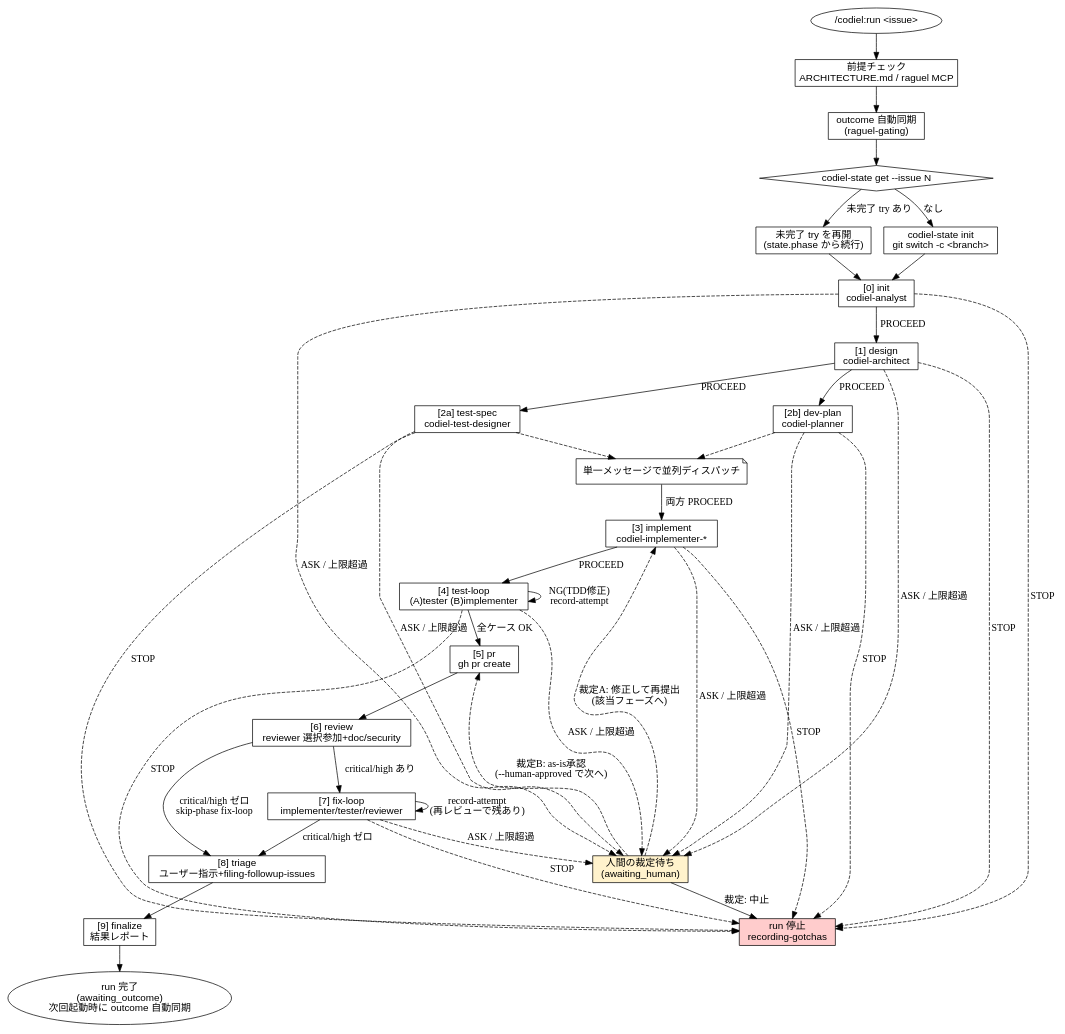
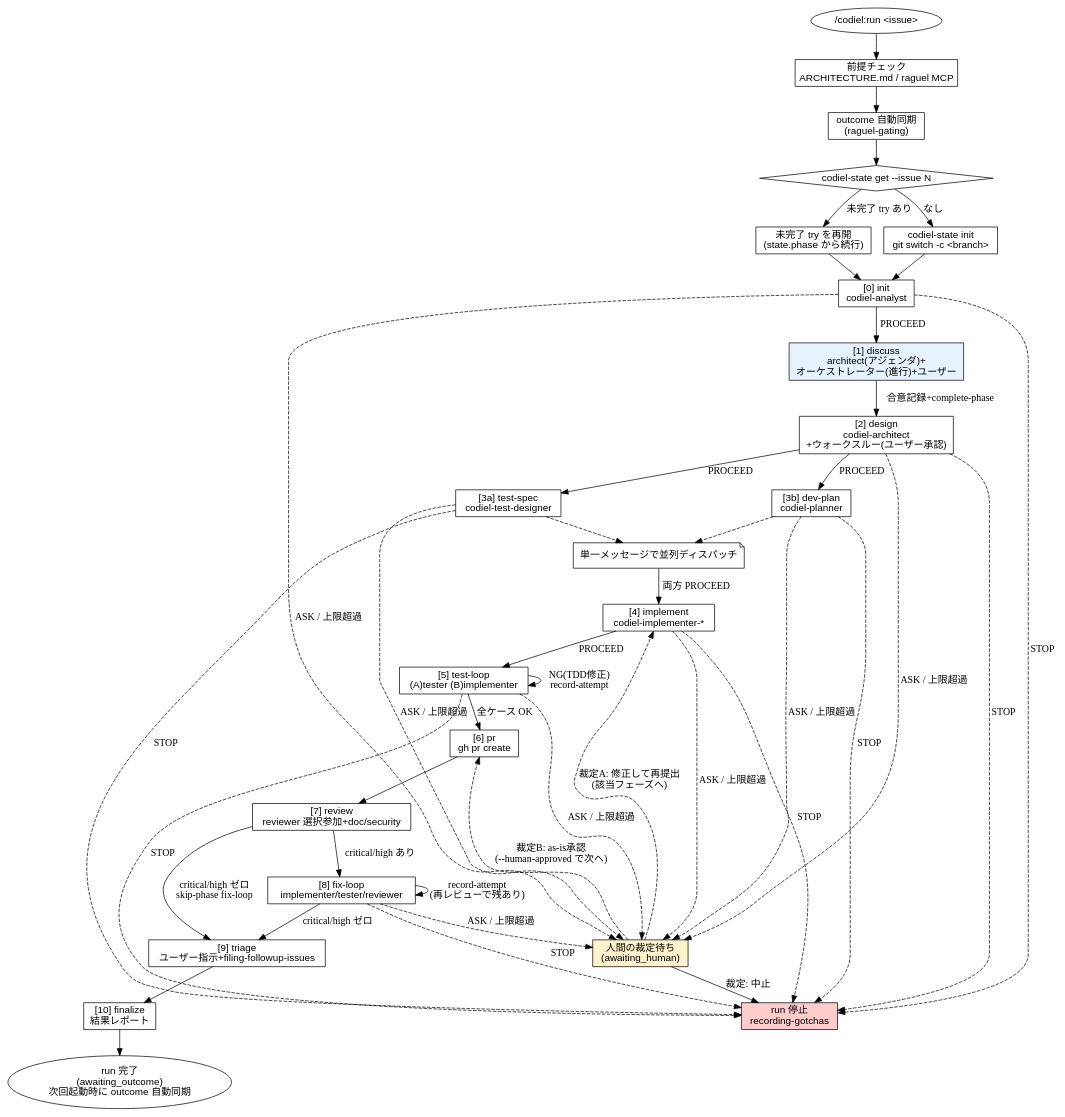
Before and after one commit to Amatsuka-kobo/amatsuka-claude-plugins: the diagram in plugins/codiel/skills/orchestrating-runs/SKILL.md, drawn with Graphviz. The commit also changed other lines of this file, not shown here.

Commit message:
feat(codiel): orchestrating-runs に discuss フェーズとウォークスルーを組み込む

````diff
--- a/plugins/codiel/skills/orchestrating-runs/SKILL.md
+++ b/plugins/codiel/skills/orchestrating-runs/SKILL.md
@@ -252,59 +269,61 @@
 ```dot
 digraph codiel_run {
   rankdir=TB;
   node [fontname="sans-serif"];
 
   start [label="/codiel:run <issue>", shape=ellipse];
   precheck [label="前提チェック\nARCHITECTURE.md / raguel MCP", shape=box];
   sync [label="outcome 自動同期\n(raguel-gating)", shape=box];
   resolve [label="codiel-state get --issue N", shape=diamond];
   resume [label="未完了 try を再開\n(state.phase から続行)", shape=box];
   init_run [label="codiel-state init\ngit switch -c <branch>", shape=box];
 
   init [label="[0] init\ncodiel-analyst", shape=box];
-  design [label="[1] design\ncodiel-architect", shape=box];
-  testspec [label="[2a] test-spec\ncodiel-test-designer", shape=box];
-  devplan [label="[2b] dev-plan\ncodiel-planner", shape=box];
+  discuss [label="[1] discuss\narchitect(アジェンダ)+\nオーケストレーター(進行)+ユーザー", shape=box, style=filled, fillcolor="#e6f2ff"];
+  design [label="[2] design\ncodiel-architect\n+ウォークスルー(ユーザー承認)", shape=box];
+  testspec [label="[3a] test-spec\ncodiel-test-designer", shape=box];
+  devplan [label="[3b] dev-plan\ncodiel-planner", shape=box];
   parallel [label="単一メッセージで並列ディスパッチ", shape=note];
-  implement [label="[3] implement\ncodiel-implementer-*", shape=box];
-  testloop [label="[4] test-loop\n(A)tester (B)implementer", shape=box];
-  pr [label="[5] pr\ngh pr create", shape=box];
-  review [label="[6] review\nreviewer 選択参加+doc/security", shape=box];
-  fixloop [label="[7] fix-loop\nimplementer/tester/reviewer", shape=box];
-  triage [label="[8] triage\nユーザー指示+filing-followup-issues", shape=box];
-  finalize [label="[9] finalize\n結果レポート", shape=box];
+  implement [label="[4] implement\ncodiel-implementer-*", shape=box];
+  testloop [label="[5] test-loop\n(A)tester (B)implementer", shape=box];
+  pr [label="[6] pr\ngh pr create", shape=box];
+  review [label="[7] review\nreviewer 選択参加+doc/security", shape=box];
+  fixloop [label="[8] fix-loop\nimplementer/tester/reviewer", shape=box];
+  triage [label="[9] triage\nユーザー指示+filing-followup-issues", shape=box];
+  finalize [label="[10] finalize\n結果レポート", shape=box];
 
   human [label="人間の裁定待ち\n(awaiting_human)", shape=box, style=filled, fillcolor="#fff2cc"];
   stopped [label="run 停止\nrecording-gotchas", shape=box, style=filled, fillcolor="#ffcccc"];
   outcome [label="run 完了\n(awaiting_outcome)\n次回起動時に outcome 自動同期", shape=ellipse];
 
   start -> precheck -> sync -> resolve;
   resolve -> resume [label="未完了 try あり"];
   resolve -> init_run [label="なし"];
   resume -> init;
   init_run -> init;
 
-  init -> design [label="PROCEED"];
+  init -> discuss [label="PROCEED"];
+  discuss -> design [label="合意記録+complete-phase"];
   design -> testspec [label="PROCEED"];
   design -> devplan [label="PROCEED"];
   testspec -> parallel [style=dashed];
   devplan -> parallel [style=dashed];
   parallel -> implement [label="両方 PROCEED"];
   implement -> testloop [label="PROCEED"];
   testloop -> testloop [label="NG(TDD修正)\nrecord-attempt"];
   testloop -> pr [label="全ケース OK"];
   pr -> review;
   review -> fixloop [label="critical/high あり"];
   review -> triage [label="critical/high ゼロ\nskip-phase fix-loop"];
   fixloop -> fixloop [label="record-attempt\n(再レビューで残あり)"];
   fixloop -> triage [label="critical/high ゼロ"];
   triage -> finalize;
   finalize -> outcome;
 
   { init design testspec devplan implement testloop fixloop } -> human [label="ASK / 上限超過", style=dashed];
   { init design testspec devplan implement testloop fixloop } -> stopped [label="STOP", style=dashed];
   human -> stopped [label="裁定: 中止"];
   human -> implement [label="裁定A: 修正して再提出\n(該当フェーズへ)", style=dashed];
   human -> pr [label="裁定B: as-is承認\n(--human-approved で次へ)", style=dashed];
 }
 ```
````
